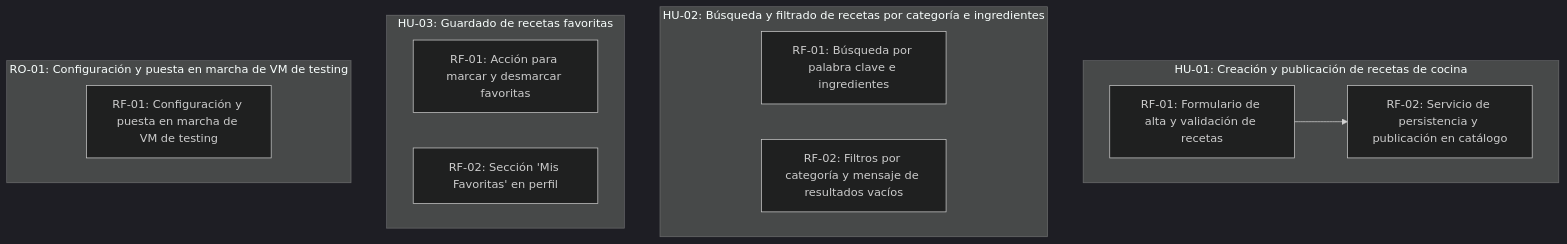
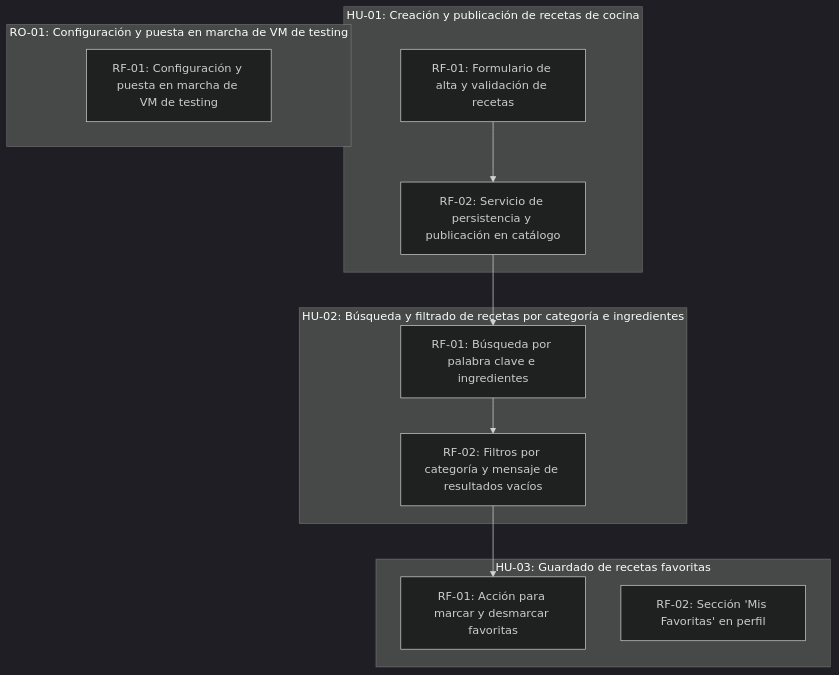
One commit to SVGiannoni/RecetasPanaRossi changed the diagram in scrumDocs/grafo.md. Above: the diagram before and after it, drawn with Mermaid (dark theme). The commit also changed other lines of this file, not shown here.

Commit message:
Auto-publish: actualiza scrumDocs/grafo.md

````diff
--- a/scrumDocs/grafo.md
+++ b/scrumDocs/grafo.md
@@ -5,19 +5,22 @@
 ```mermaid
 graph TD
   subgraph US_1788784804716["HU-01: Creación y publicación de recetas de cocina"]
     REQ_1788785182545["RF-01: Formulario de alta y validación de recetas"]
     REQ_1788785196739["RF-02: Servicio de persistencia y publicación en catálogo"]
   end
   subgraph US_1788784817567["HU-02: Búsqueda y filtrado de recetas por categoría e ingredientes"]
     REQ_1788785446610["RF-01: Búsqueda por palabra clave e ingredientes"]
     REQ_1788785477255["RF-02: Filtros por categoría y mensaje de resultados vacíos"]
   end
   subgraph US_1788784829317["HU-03: Guardado de recetas favoritas"]
     REQ_1788785498187["RF-01: Acción para marcar y desmarcar favoritas"]
     REQ_1788785510602["RF-02: Sección 'Mis Favoritas' en perfil"]
   end
   subgraph US_1788785524805["RO-01: Configuración y puesta en marcha de VM de testing"]
     REQ_1788785524811["RF-01: Configuración y puesta en marcha de VM de testing"]
   end
   REQ_1788785182545 --> REQ_1788785196739
+  REQ_1788785196739 --> REQ_1788785446610
+  REQ_1788785446610 --> REQ_1788785477255
+  REQ_1788785477255 --> REQ_1788785498187
 ```
````
